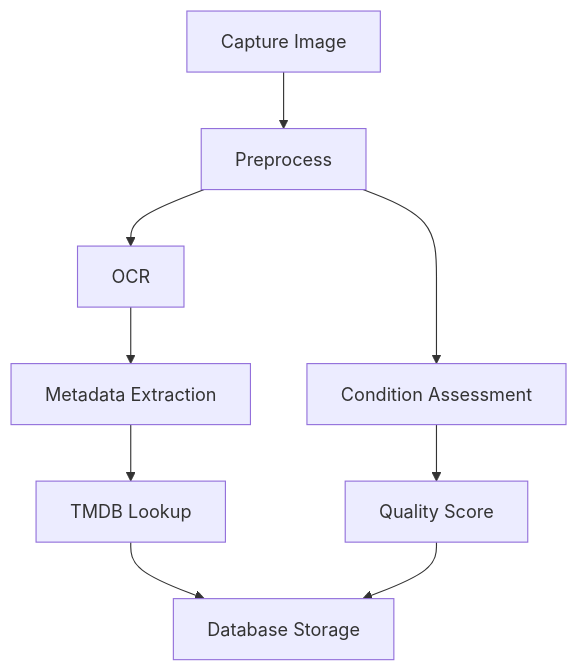
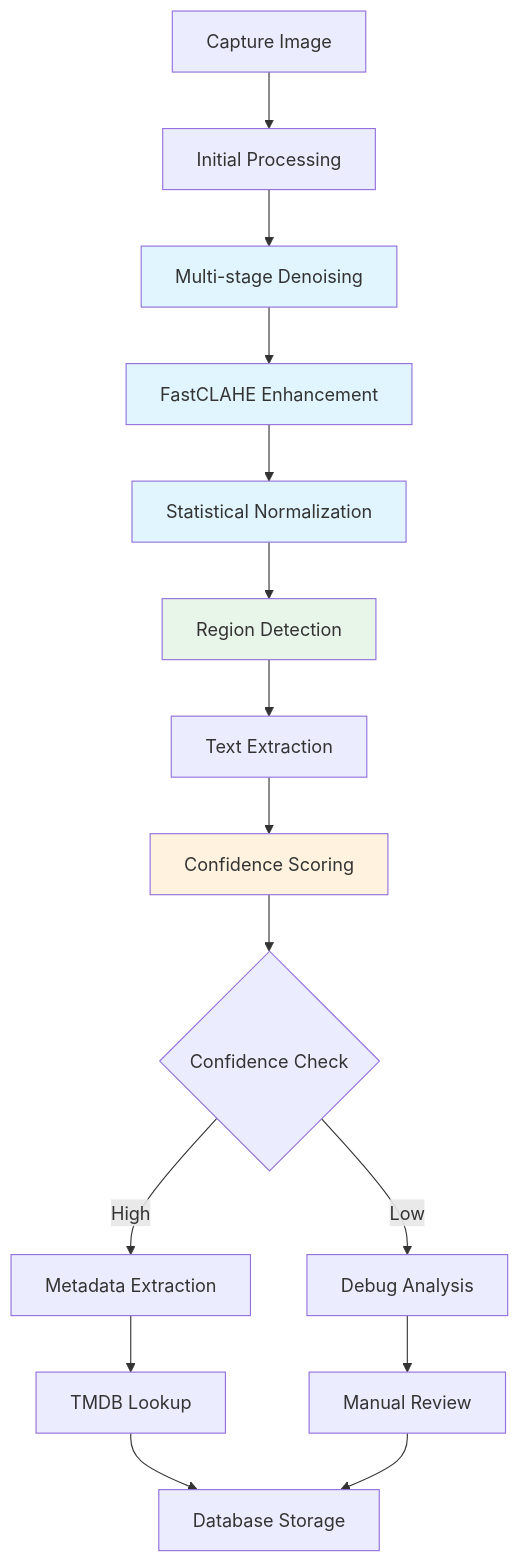
The diagram in .context/direction.md (ItsNoahJ/Ebay-Auto), drawn with Mermaid before and after one commit. The commit also changed other lines of this file and 45 other files, not shown here.

````diff
--- a/.context/direction.md
+++ b/.context/direction.md
@@ -93,11 +95,23 @@
 ```mermaid
 graph TD
-    A[Capture Image] --> B[Preprocess]
-    B --> C[OCR]
-    B --> D[Condition Assessment]
-    C --> E[Metadata Extraction]
-    E --> F[TMDB Lookup]
-    D --> G[Quality Score]
-    F --> H[Database Storage]
-    G --> H
+    A[Capture Image] --> B[Initial Processing]
+    B --> C[Multi-stage Denoising]
+    C --> D[FastCLAHE Enhancement]
+    D --> E[Statistical Normalization]
+    E --> F[Region Detection]
+    F --> G[Text Extraction]
+    G --> H[Confidence Scoring]
+    H --> I{Confidence Check}
+    I -->|High| J[Metadata Extraction]
+    I -->|Low| K[Debug Analysis]
+    J --> L[TMDB Lookup]
+    K --> M[Manual Review]
+    L --> N[Database Storage]
+    M --> N
+    
+    style C fill:#e1f5fe
+    style D fill:#e1f5fe
+    style E fill:#e1f5fe
+    style F fill:#e8f5e9
+    style H fill:#fff3e0
 ```
````
